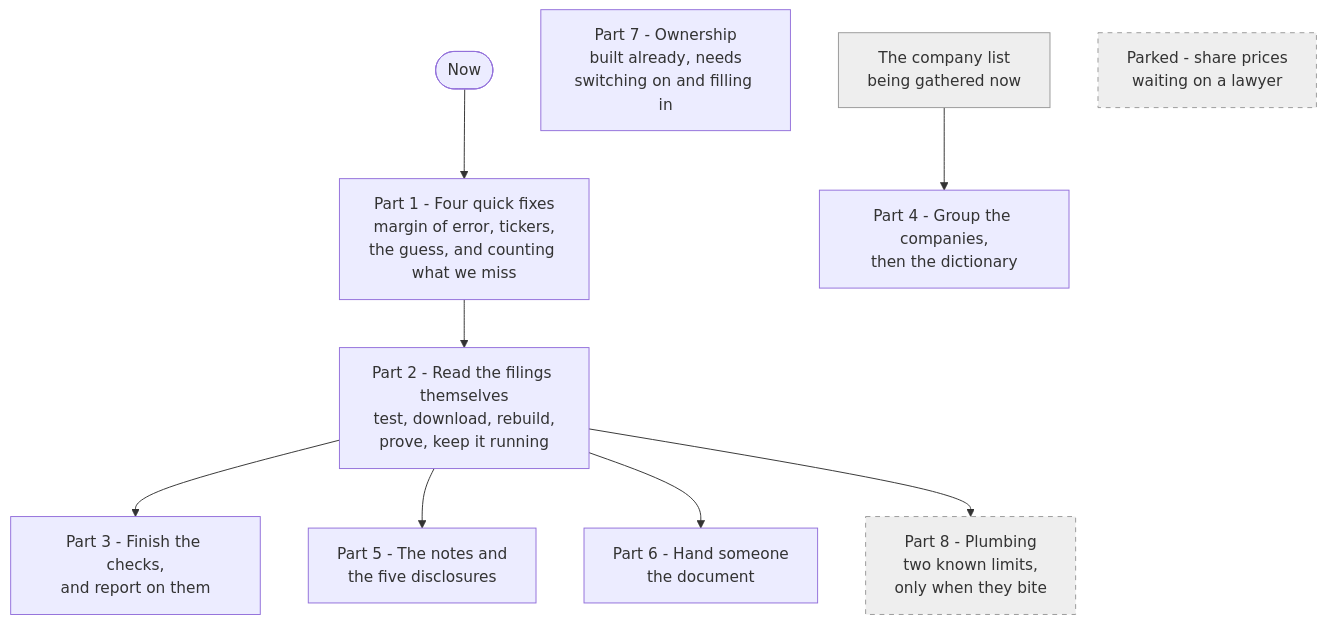
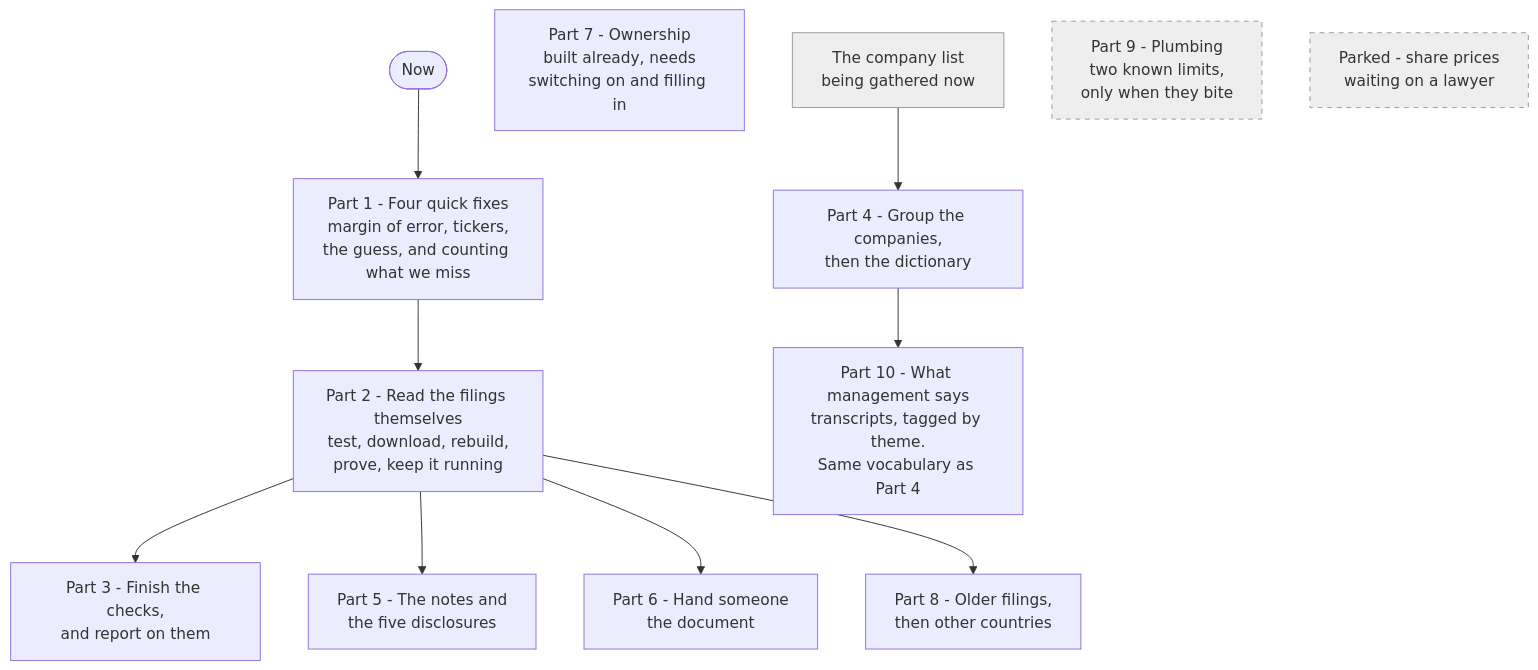
Before and after one commit to g784dwcd2r-crypto/H: the third of 44 diagrams in docs/steps.md, drawn with Mermaid. The commit also changed other lines of this file, not shown here.

First line of the commit message:
docs(steps): add segment business-model tagging and transcript-theme step

````diff
--- a/docs/steps.md
+++ b/docs/steps.md
@@ -60,16 +60,17 @@
 ```mermaid
 flowchart TD
     START([Now]) --> P1["Part 1 - Four quick fixes<br/>margin of error, tickers,<br/>the guess, and counting what we miss"]
     P1 --> P2["Part 2 - Read the filings themselves<br/>test, download, rebuild,<br/>prove, keep it running"]
     P2 --> P3["Part 3 - Finish the checks,<br/>and report on them"]
     P2 --> P5["Part 5 - The notes and<br/>the five disclosures"]
     P2 --> P6["Part 6 - Hand someone<br/>the document"]
     P2 --> P8["Part 8 - Older filings,<br/>then other countries"]
     OWN["Part 7 - Ownership<br/>built already, needs<br/>switching on and filling in"]
     LIST["The company list<br/>being gathered now"] --> P4["Part 4 - Group the companies,<br/>then the dictionary"]
-    P8["Part 8 - Plumbing<br/>two known limits,<br/>only when they bite"]
+    P4 --> P10["Part 10 - What management says<br/>transcripts, tagged by theme.<br/>Same vocabulary as Part 4"]
+    P9["Part 9 - Plumbing<br/>two known limits,<br/>only when they bite"]
     PARK["Parked - share prices<br/>waiting on a lawyer"]
     style PARK fill:#eeeeee,stroke:#999999,stroke-dasharray: 5 5
     style LIST fill:#eeeeee,stroke:#999999
-    style P8 fill:#eeeeee,stroke:#999999,stroke-dasharray: 5 5
+    style P9 fill:#eeeeee,stroke:#999999,stroke-dasharray: 5 5
 ```
````
